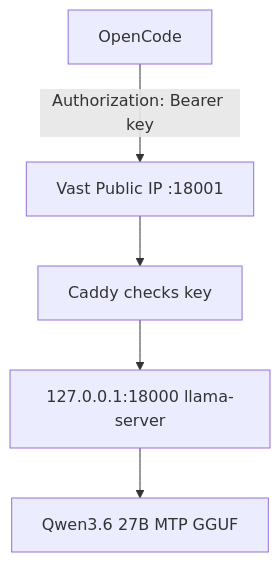
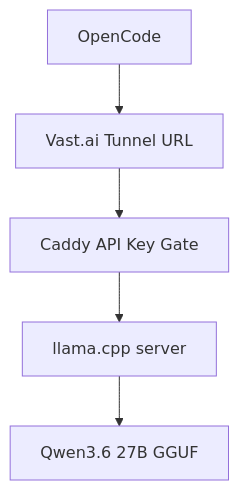
Before and after one commit to Pukujan/private-study-log: the second of 3 diagrams in Projects/vastai/how-to-run-server.md, drawn with Mermaid. The commit also changed other lines of this file, not shown here.

````diff
--- a/Projects/vastai/how-to-run-server.md
+++ b/Projects/vastai/how-to-run-server.md
@@ -422,7 +327,7 @@
 ```mermaid
 flowchart TB
-    A[OpenCode] -->|Authorization: Bearer key| B[Vast Public IP :18001]
-    B --> C[Caddy checks key]
-    C --> D[127.0.0.1:18000 llama-server]
-    D --> E[Qwen3.6 27B MTP GGUF]
+    A[OpenCode] --> B[Vast.ai Tunnel URL]
+    B --> C[Caddy API Key Gate]
+    C --> D[llama.cpp server]
+    D --> E[Qwen3.6 27B GGUF]
 ```
````
